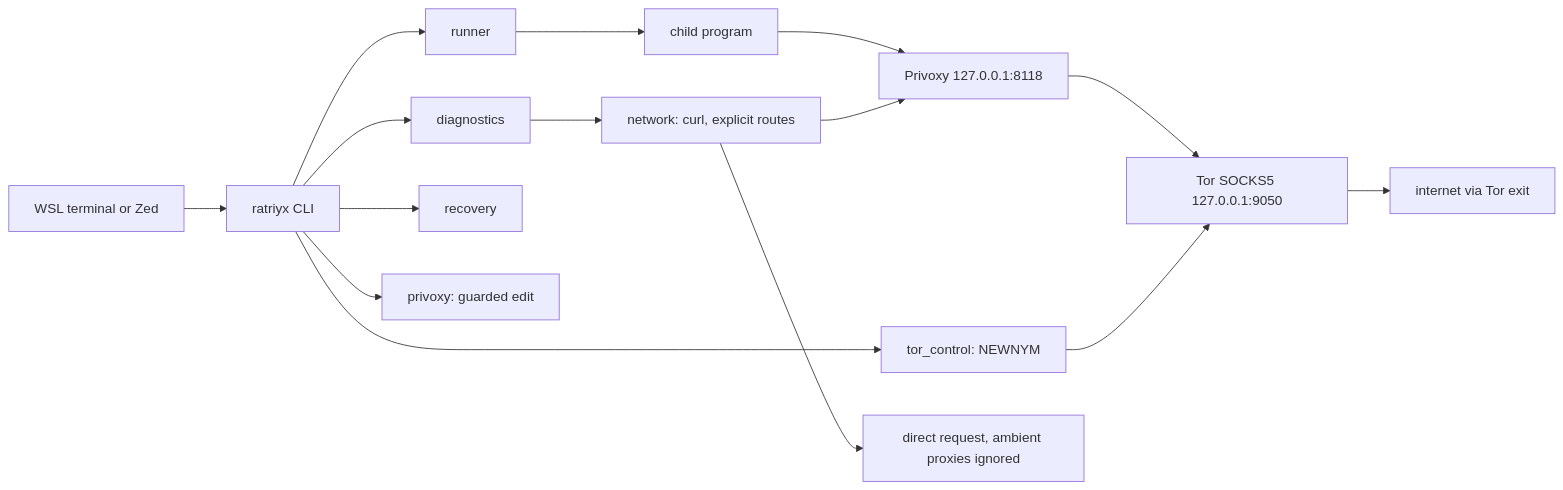
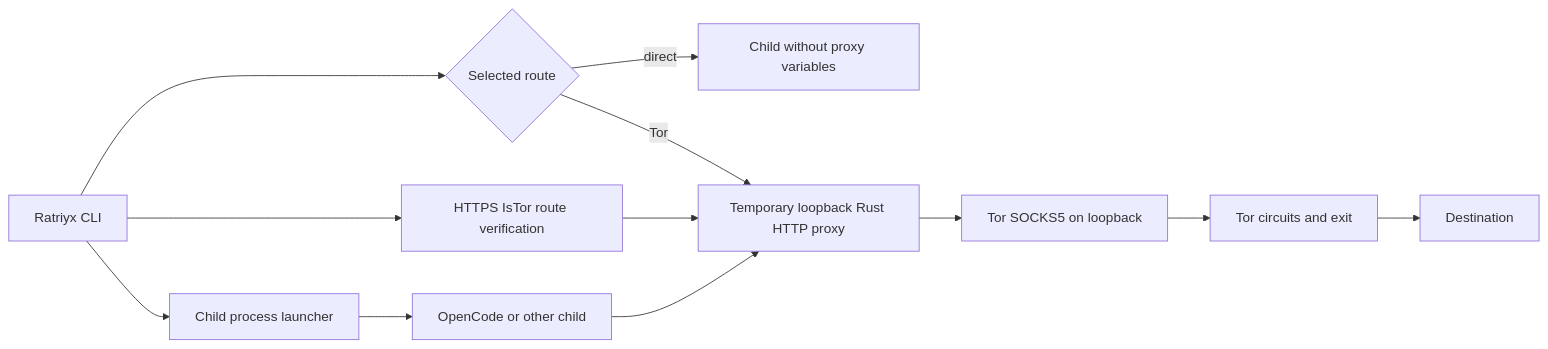
The diagram in docs/architecture.md (rickyreza12/ratriyx), drawn with Mermaid before and after one commit. The commit also changed other lines of this file and 23 other files, not shown here.

Commit message:
feat(routing): run managed Tor through ephemeral embedded proxy

````diff
--- a/docs/architecture.md
+++ b/docs/architecture.md
@@ -5,17 +5,14 @@
 ```mermaid
 flowchart LR
-  User[WSL terminal or Zed] --> CLI[ratriyx CLI]
-  CLI --> Diag[diagnostics]
-  CLI --> Runner[runner]
-  CLI --> Recovery[recovery]
-  CLI --> Priv[privoxy: guarded edit]
-  CLI --> Ctl[tor_control: NEWNYM]
-  Diag --> Net[network: curl, explicit routes]
-  Runner --> Child[child program]
-  Child --> Privoxy[Privoxy 127.0.0.1:8118]
-  Net --> Privoxy
-  Privoxy --> Tor[Tor SOCKS5 127.0.0.1:9050]
-  Tor --> Web[internet via Tor exit]
-  Net --> Direct[direct request, ambient proxies ignored]
-  Ctl --> Tor
+  CLI[Ratriyx CLI] --> Mode{Selected route}
+  Mode -->|direct| Direct[Child without proxy variables]
+  Mode -->|Tor| Proxy[Temporary loopback Rust HTTP proxy]
+  Proxy --> Socks[Tor SOCKS5 on loopback]
+  Socks --> Tor[Tor circuits and exit]
+  Tor --> Internet[Destination]
+  CLI --> Verify[HTTPS IsTor route verification]
+  Verify --> Proxy
+  CLI --> Runner[Child process launcher]
+  Runner --> Child[OpenCode or other child]
+  Child --> Proxy
 ```
````
